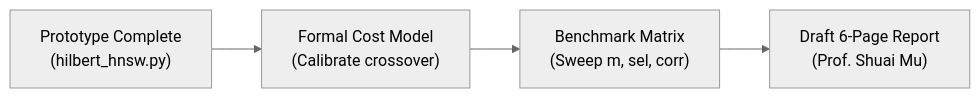
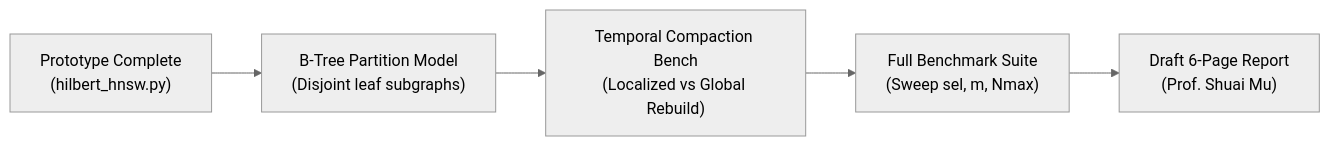
The third of 3 diagrams in docs/slides.md (ArnavDesai235/CSE532), drawn with Mermaid (neutral theme) before and after one commit. The commit also changed other lines of this file and 1 other file, not shown here.

Commit message:
Update overview and slides with Hilbert-partitioned B-Tree of subgraphs and temporal merging scheme

````diff
--- a/docs/slides.md
+++ b/docs/slides.md
@@ -269,6 +281,7 @@
 ```mermaid
 flowchart LR
-    A["Prototype Complete\n(hilbert_hnsw.py)"] --> B["Formal Cost Model\n(Calibrate crossover)"]
-    B --> C["Benchmark Matrix\n(Sweep m, sel, corr)"]
-    C --> D["Draft 6-Page Report\n(Prof. Shuai Mu)"]
+    A["Prototype Complete\n(hilbert_hnsw.py)"] --> B["B-Tree Partition Model\n(Disjoint leaf subgraphs)"]
+    B --> C["Temporal Compaction Bench\n(Localized vs Global Rebuild)"]
+    C --> D["Full Benchmark Suite\n(Sweep sel, m, Nmax)"]
+    D --> E["Draft 6-Page Report\n(Prof. Shuai Mu)"]
 ```
````
